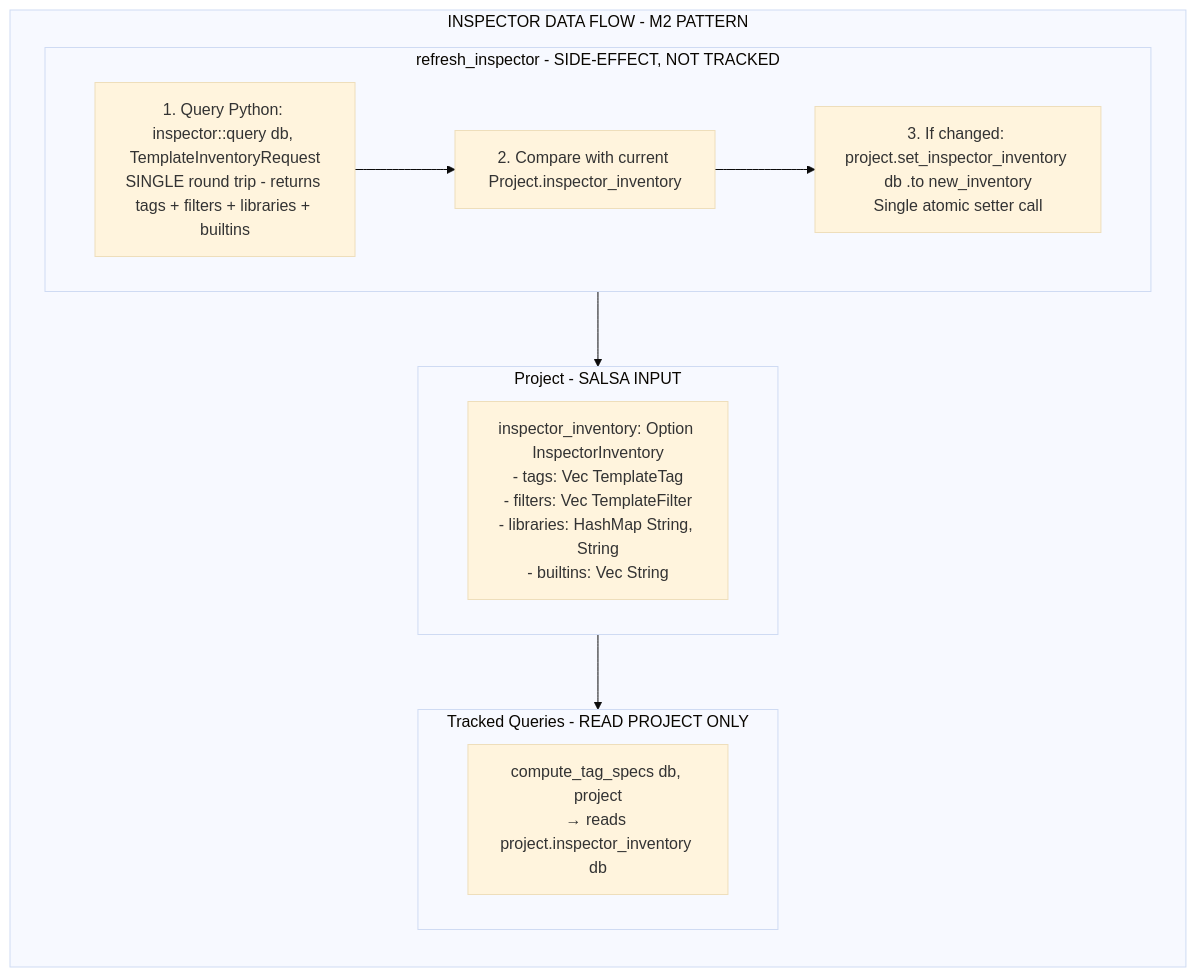
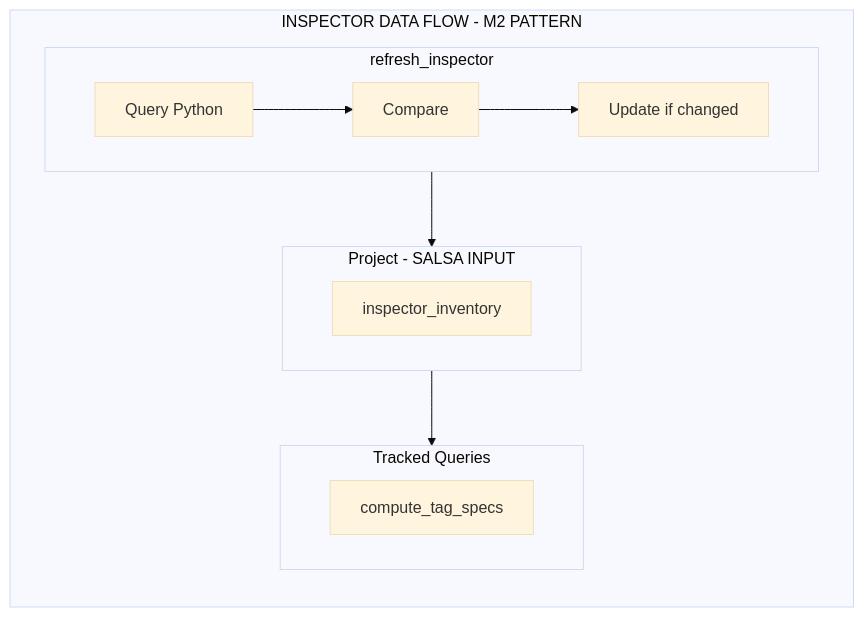
The diagram in .agents/plans/2026-02-05-m4.1-filters-pipeline.md (joshuadavidthomas/django-language-server), drawn with Mermaid (base theme) before and after one commit. The commit also changed other lines of this file and 12 other files, not shown here.

Commit message:
change ASCII diagrams to Mermaid

````diff
--- a/.agents/plans/2026-02-05-m4.1-filters-pipeline.md
+++ b/.agents/plans/2026-02-05-m4.1-filters-pipeline.md
@@ -23,23 +23,23 @@
 ```mermaid
 flowchart TB
     subgraph M2Pattern["INSPECTOR DATA FLOW - M2 PATTERN"]
         direction TB
-
-        subgraph Refresh["refresh_inspector - SIDE-EFFECT, NOT TRACKED"]
-            Step1["1. Query Python: inspector::query db, TemplateInventoryRequest<br/>SINGLE round trip - returns tags + filters + libraries + builtins"]
-            Step2["2. Compare with current Project.inspector_inventory"]
-            Step3["3. If changed: project.set_inspector_inventory db .to new_inventory<br/>Single atomic setter call"]
+        
+        subgraph Refresh["refresh_inspector"]
+            Step1["Query Python"]
+            Step2["Compare"]
+            Step3["Update if changed"]
             Step1 --> Step2 --> Step3
         end
-
+        
         subgraph Project["Project - SALSA INPUT"]
-            Inventory["inspector_inventory: Option InspectorInventory<br/>- tags: Vec TemplateTag<br/>- filters: Vec TemplateFilter<br/>- libraries: HashMap String, String<br/>- builtins: Vec String"]
+            Inventory["inspector_inventory"]
         end
-
-        subgraph Tracked["Tracked Queries - READ PROJECT ONLY"]
-            Compute["compute_tag_specs db, project<br/>→ reads project.inspector_inventory db"]
+        
+        subgraph Tracked["Tracked Queries"]
+            Compute["compute_tag_specs"]
         end
-
+        
         Refresh --> Project --> Tracked
     end
 ```
````
